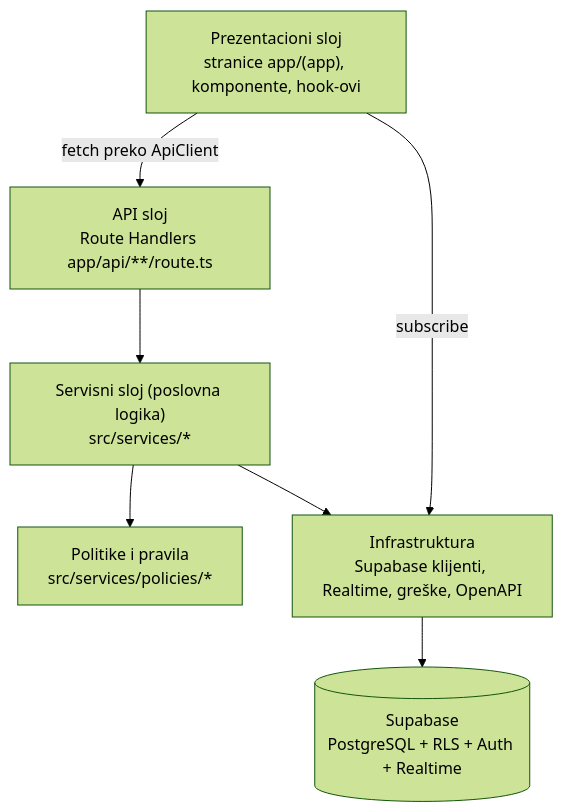
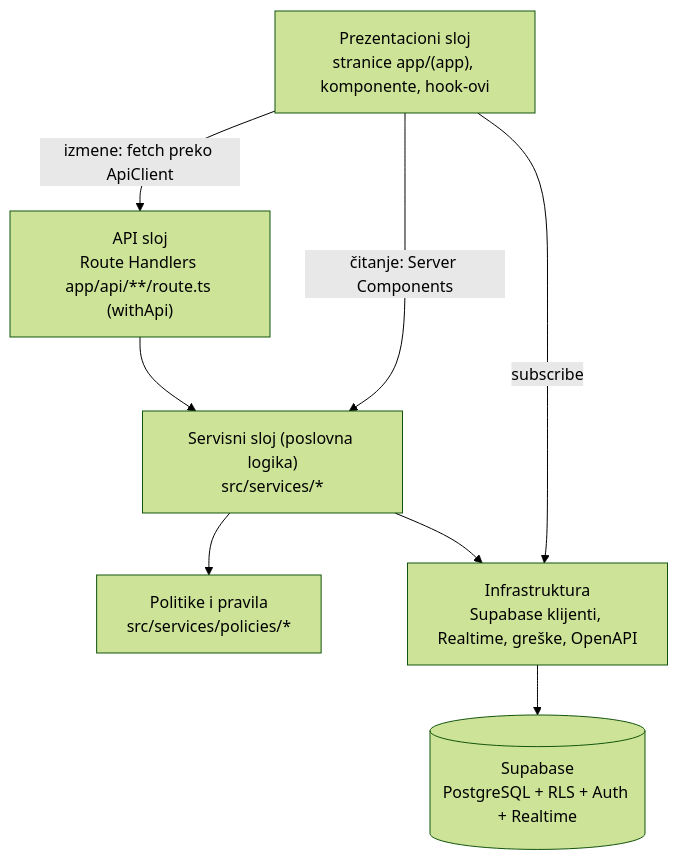
One commit to milutinpetrovic/diplomski-helpdesk changed the first of 4 diagrams in docs/03-dijagram-klasa.md. Above: the diagram before and after it, drawn with Mermaid (forest theme). The commit also changed other lines of this file and 43 other files, not shown here.

First line of the commit message:
docs: sync diagrams and tables with the code (Phase 10b)

````diff
--- a/docs/03-dijagram-klasa.md
+++ b/docs/03-dijagram-klasa.md
@@ -7,16 +7,17 @@
 ```mermaid
 flowchart TB
     UI["Prezentacioni sloj<br/>stranice app/(app), komponente, hook-ovi"]
-    API["API sloj<br/>Route Handlers app/api/**/route.ts"]
+    API["API sloj<br/>Route Handlers app/api/**/route.ts (withApi)"]
     SRV["Servisni sloj (poslovna logika)<br/>src/services/*"]
     POL["Politike i pravila<br/>src/services/policies/*"]
     INF["Infrastruktura<br/>Supabase klijenti, Realtime, greške, OpenAPI"]
     DB[("Supabase<br/>PostgreSQL + RLS + Auth + Realtime")]
 
-    UI -- "fetch preko ApiClient" --> API
+    UI -- "izmene: fetch preko ApiClient" --> API
+    UI -- "čitanje: Server Components" --> SRV
     UI -- "subscribe" --> INF
     API --> SRV
     SRV --> POL
     SRV --> INF
     INF --> DB
 ```
````
